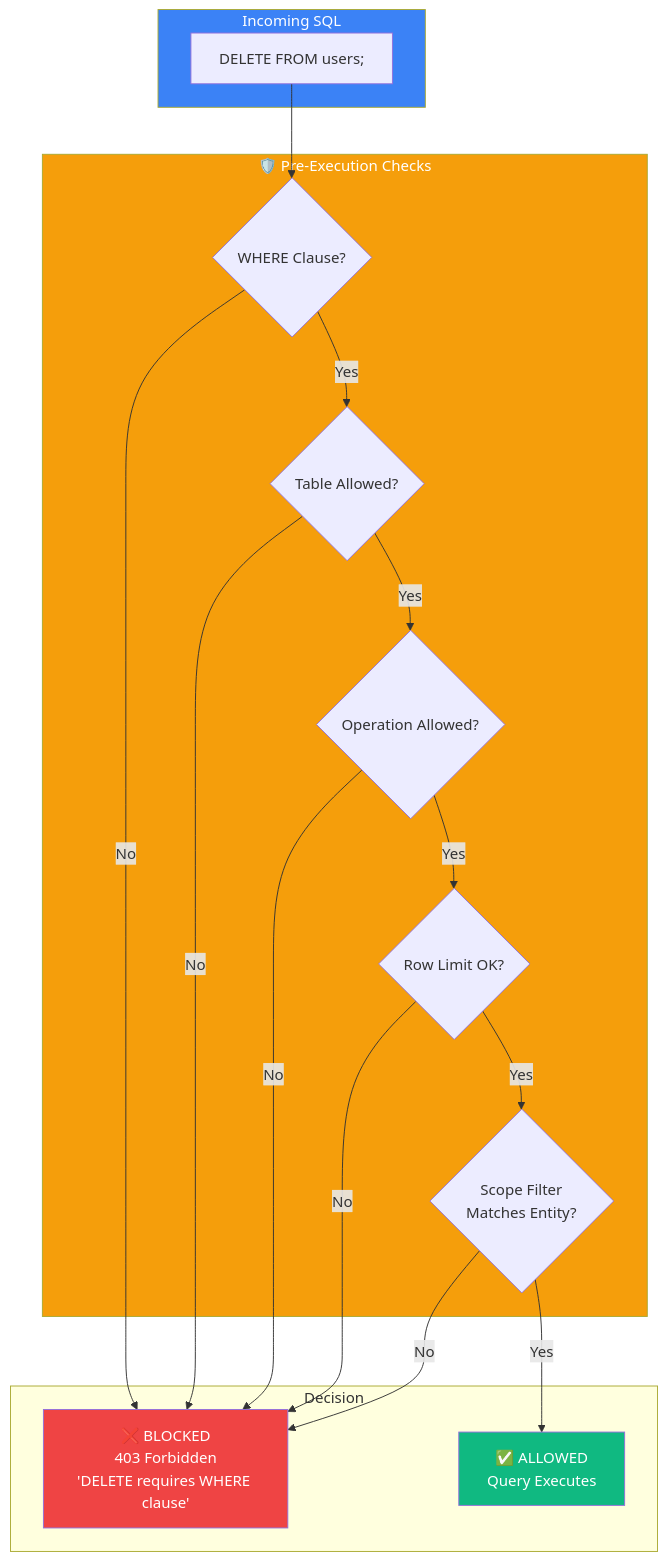
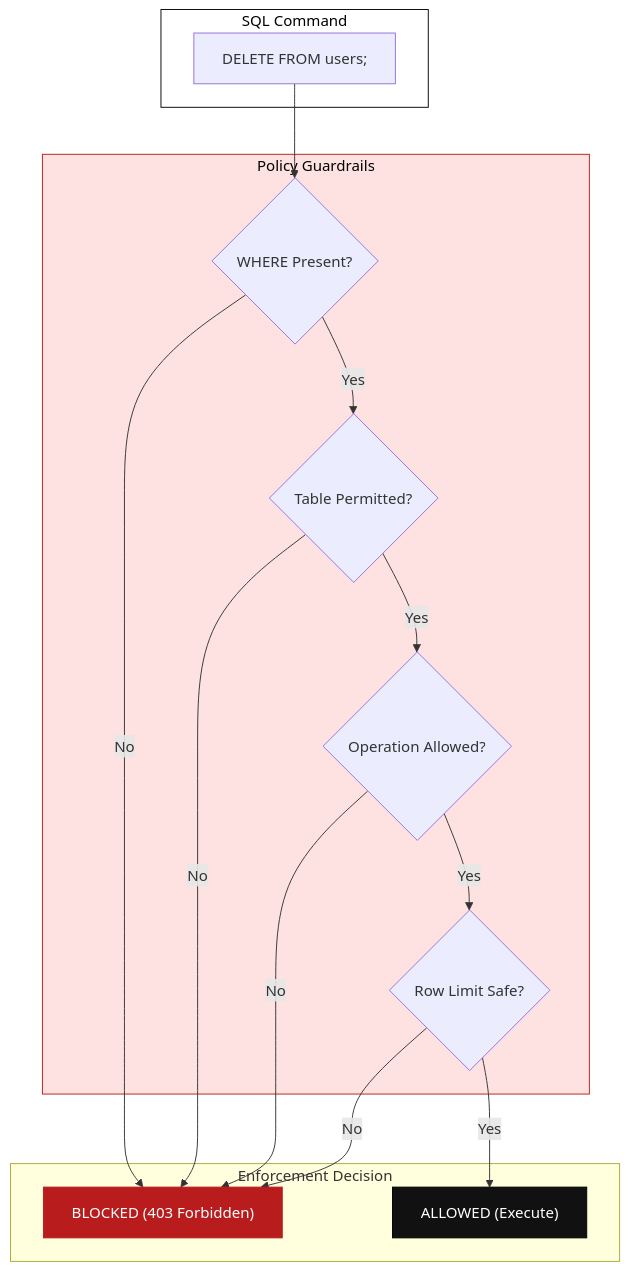
One commit to soumyacodes007/GlassKiss changed the third of 7 diagrams in README.md. Above: the diagram before and after it, drawn with Mermaid. The commit also changed other lines of this file, not shown here.

````diff
--- a/README.md
+++ b/README.md
@@ -193,36 +165,33 @@
 ```mermaid
 flowchart TB
-    subgraph Query["Incoming SQL"]
+    subgraph Query["SQL Command"]
         A["DELETE FROM users;"]
     end
 
-    subgraph Checks["🛡️ Pre-Execution Checks"]
-        B{WHERE Clause?}
-        C{Table Allowed?}
+    subgraph Checks["Policy Guardrails"]
+        B{WHERE Present?}
+        C{Table Permitted?}
         D{Operation Allowed?}
-        E{Row Limit OK?}
-        F{Scope Filter<br/>Matches Entity?}
+        E{Row Limit Safe?}
     end
 
-    subgraph Result["Decision"]
-        G["❌ BLOCKED<br/>403 Forbidden<br/>'DELETE requires WHERE clause'"]
-        H["✅ ALLOWED<br/>Query Executes"]
+    subgraph Result["Enforcement Decision"]
+        G["BLOCKED (403 Forbidden)"]
+        H["ALLOWED (Execute)"]
     end
 
     A --> B
     B -->|No| G
     B -->|Yes| C
     C -->|No| G
     C -->|Yes| D
     D -->|No| G
     D -->|Yes| E
     E -->|No| G
-    E -->|Yes| F
-    F -->|No| G
-    F -->|Yes| H
+    E -->|Yes| H
 
-    style Query fill:#3b82f6,color:#fff
-    style Checks fill:#f59e0b,color:#fff
-    style G fill:#ef4444,color:#fff
-    style H fill:#10b981,color:#fff
+    style Query fill:#fff,stroke:#000,color:#000
+    style Checks fill:#fee2e2,stroke:#b91c1c,color:#000
+    style G fill:#b91c1c,stroke:#b91c1c,color:#fff
+    style H fill:#111,stroke:#000,color:#fff
 ```
````
